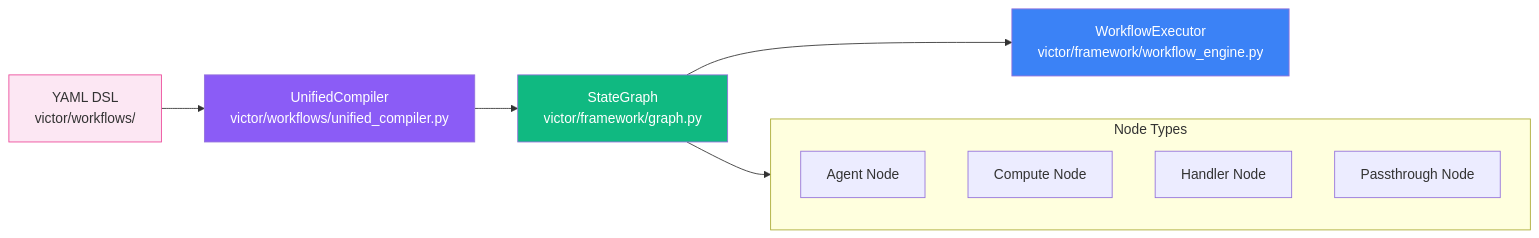
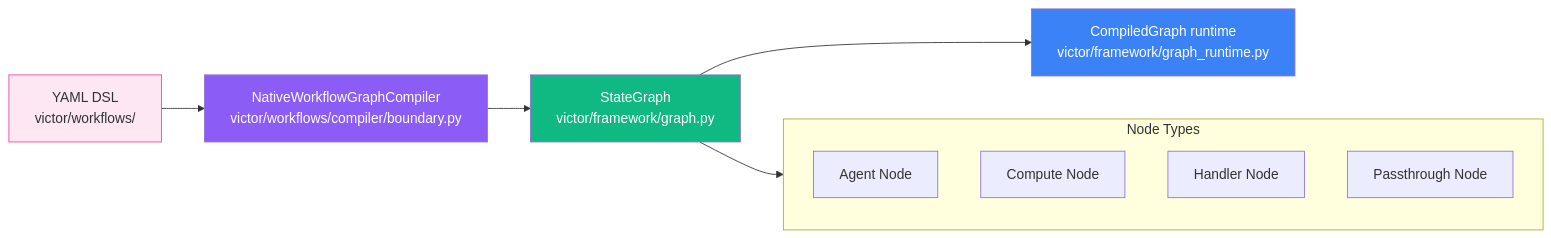
The eighth of 15 diagrams in docs/architecture.md (anvai-labs/victor), drawn with Mermaid before and after one commit. The commit also changed other lines of this file and 104 other files, not shown here.

````diff
--- a/docs/architecture.md
+++ b/docs/architecture.md
@@ -423,20 +449,20 @@
 ```mermaid
 flowchart LR
-    YAML["YAML DSL\nvictor/workflows/"] --> COMP["UnifiedCompiler\nvictor/workflows/unified_compiler.py"]
+    YAML["YAML DSL\nvictor/workflows/"] --> COMP["NativeWorkflowGraphCompiler\nvictor/workflows/compiler/boundary.py"]
     COMP --> SG["StateGraph\nvictor/framework/graph.py"]
-    SG --> EXEC["WorkflowExecutor\nvictor/framework/workflow_engine.py"]
+    SG --> EXEC["CompiledGraph runtime\nvictor/framework/graph_runtime.py"]
 
     subgraph NodeTypes["Node Types"]
         AGENT["Agent Node"]
         COMPUTE["Compute Node"]
         HANDLER["Handler Node"]
         PASSTHROUGH["Passthrough Node"]
     end
 
     SG --> NodeTypes
 
     style YAML fill:#fce7f3,stroke:#ec4899
     style COMP fill:#8b5cf6,color:#fff
     style SG fill:#10b981,color:#fff
     style EXEC fill:#3b82f6,color:#fff
 ```
````
